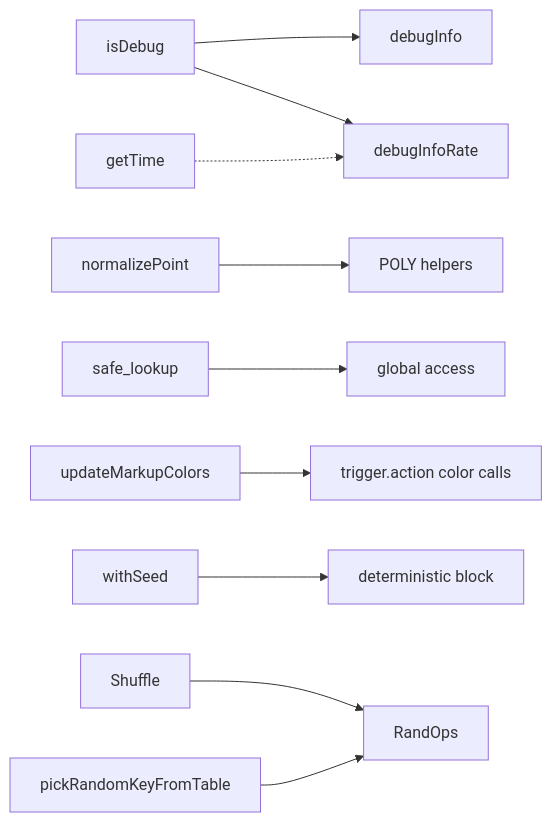
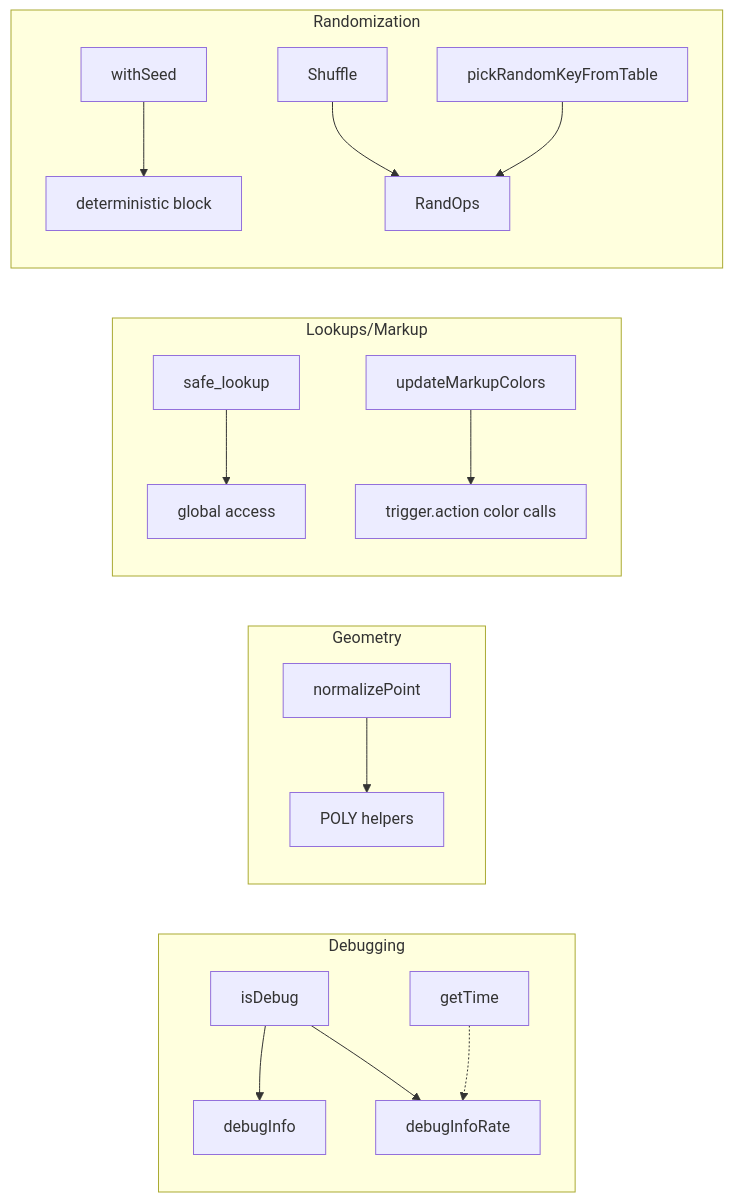
The first of 8 diagrams in docs/utils/README.md (Gh0st352/AETHR), drawn with Mermaid before and after one commit. The commit also changed other lines of this file and 7 other files, not shown here.

First line of the commit message:
docs(utils, mermaid): normalize diagrams, restructure subgraphs and standardize classes

````diff
--- a/docs/utils/README.md
+++ b/docs/utils/README.md
@@ -25,12 +25,30 @@
 ```mermaid
+%% shared theme: docs/_mermaid/theme.json %%
 flowchart LR
+
+subgraph "Debugging"
   D[isDebug] --> DI[debugInfo]
   D --> DIR[debugInfoRate]
   GT[getTime] -.-> DIR
+end
+
+subgraph "Geometry"
   NP[normalizePoint] --> PIP[POLY helpers]
+end
+
+subgraph "Lookups/Markup"
   SLook[safe_lookup] --> GV[global access]
   UMC[updateMarkupColors] --> TRIG[trigger.action color calls]
+end
+
+subgraph "Randomization"
   RNG[withSeed] --> DET[deterministic block]
   Shuffle --> RandOps
   pickRandomKeyFromTable --> RandOps
+end
+
+class D class_decision;
+class GT class_data;
+class DI,DIR,NP,RNG,Shuffle,pickRandomKeyFromTable class_compute;
+class PIP,GV,TRIG,DET,RandOps class_result;
 ```
````
